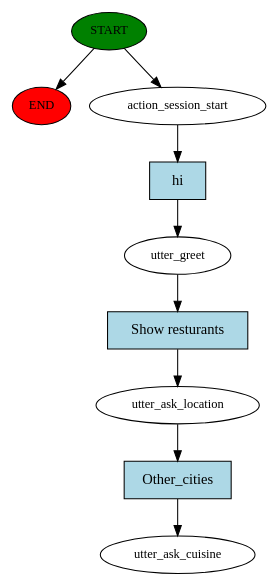
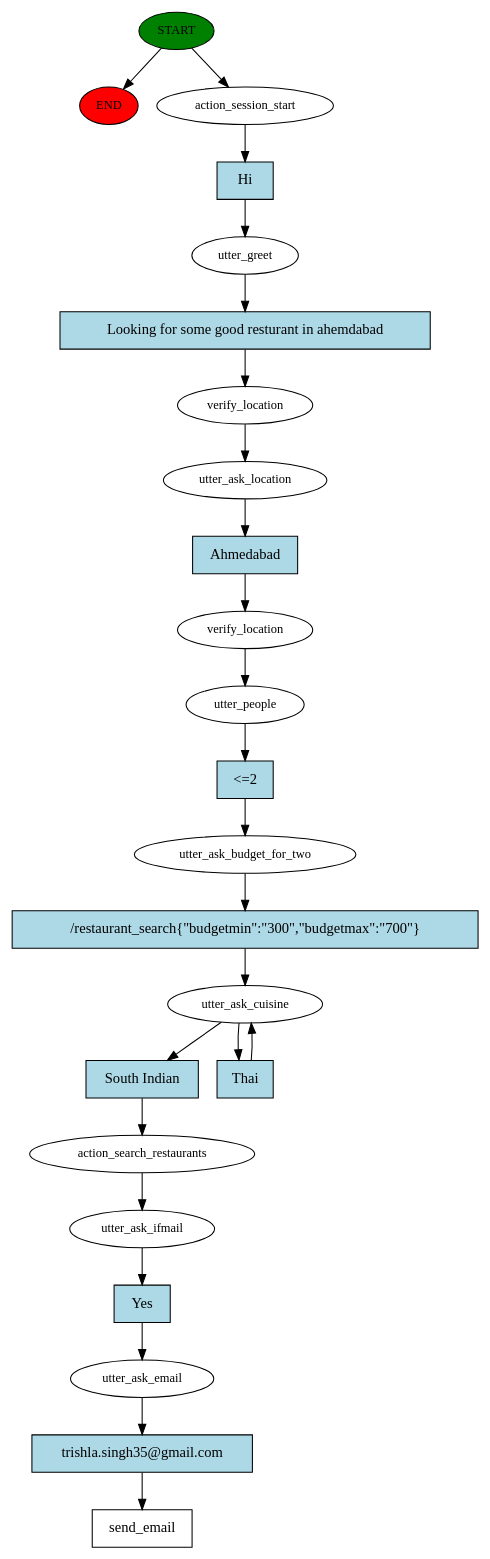
One commit to RakeshKumar045/Restaurant_Rasa_Chatbot_Python changed the diagram in story_graph.dot. Above: the diagram before and after it, drawn with Graphviz. The commit also changed 3 other files, not shown here.

```diff
--- a/story_graph.dot
+++ b/story_graph.dot
@@ -1,19 +1,48 @@
 digraph  {
 0 [class="start active", fillcolor=green, fontsize=12, label=START, style=filled];
 "-1" [class=end, fillcolor=red, fontsize=12, label=END, style=filled];
 1 [class=active, fontsize=12, label=action_session_start];
 2 [class=active, fontsize=12, label=utter_greet];
-3 [class=active, fontsize=12, label=utter_ask_location];
-4 [class="dashed active", fontsize=12, label=utter_ask_cuisine];
-5 [class="intent active", fillcolor=lightblue, label=hi, shape=rect, style=filled];
-6 [class="intent active", fillcolor=lightblue, label="Show resturants", shape=rect, style=filled];
-7 [class="intent active", fillcolor=lightblue, label=Other_cities, shape=rect, style=filled];
+3 [class=active, fontsize=12, label=verify_location];
+4 [class=active, fontsize=12, label=utter_ask_location];
+5 [class=active, fontsize=12, label=verify_location];
+6 [class=active, fontsize=12, label=utter_people];
+7 [class=active, fontsize=12, label=utter_ask_budget_for_two];
+8 [class=active, fontsize=12, label=utter_ask_cuisine];
+10 [class=active, fontsize=12, label=action_search_restaurants];
+11 [class=active, fontsize=12, label=utter_ask_ifmail];
+12 [class=active, fontsize=12, label=utter_ask_email];
+13 [class="intent dashed active", label=send_email, shape=rect];
+14 [class="intent active", fillcolor=lightblue, label=Hi, shape=rect, style=filled];
+15 [class="intent active", fillcolor=lightblue, label="Looking for some good resturant in ahemdabad", shape=rect, style=filled];
+16 [class="intent active", fillcolor=lightblue, label=Ahmedabad, shape=rect, style=filled];
+17 [class="intent active", fillcolor=lightblue, label="<=2", shape=rect, style=filled];
+18 [class="intent active", fillcolor=lightblue, label="/restaurant_search{\"budgetmin\":\"300\",\"budgetmax\":\"700\"}", shape=rect, style=filled];
+19 [class="intent active", fillcolor=lightblue, label="South Indian", shape=rect, style=filled];
+20 [class="intent active", fillcolor=lightblue, label=Thai, shape=rect, style=filled];
+21 [class="intent active", fillcolor=lightblue, label=Yes, shape=rect, style=filled];
+22 [class="intent active", fillcolor=lightblue, label="trishla.singh35@gmail.com", shape=rect, style=filled];
 0 -> "-1"  [class="", key=NONE, label=""];
 0 -> 1  [class=active, key=NONE, label=""];
-1 -> 5  [class=active, key=0];
-2 -> 6  [class=active, key=0];
-3 -> 7  [class=active, key=0];
-5 -> 2  [class=active, key=0];
-6 -> 3  [class=active, key=0];
-7 -> 4  [class=active, key=0];
+1 -> 14  [class=active, key=0];
+2 -> 15  [class=active, key=0];
+3 -> 4  [class=active, key=NONE, label=""];
+4 -> 16  [class=active, key=0];
+5 -> 6  [class=active, key=NONE, label=""];
+6 -> 17  [class=active, key=0];
+7 -> 18  [class=active, key=0];
+8 -> 19  [class=active, key=0];
+8 -> 20  [class=active, key=0];
+10 -> 11  [class=active, key=NONE, label=""];
+11 -> 21  [class=active, key=0];
+12 -> 22  [class=active, key=0];
+14 -> 2  [class=active, key=0];
+15 -> 3  [class=active, key=0];
+16 -> 5  [class=active, key=0];
+17 -> 7  [class=active, key=0];
+18 -> 8  [class=active, key=0];
+19 -> 10  [class=active, key=0];
+20 -> 8  [class=active, key=0];
+21 -> 12  [class=active, key=0];
+22 -> 13  [class=active, key=0];
 }
```
